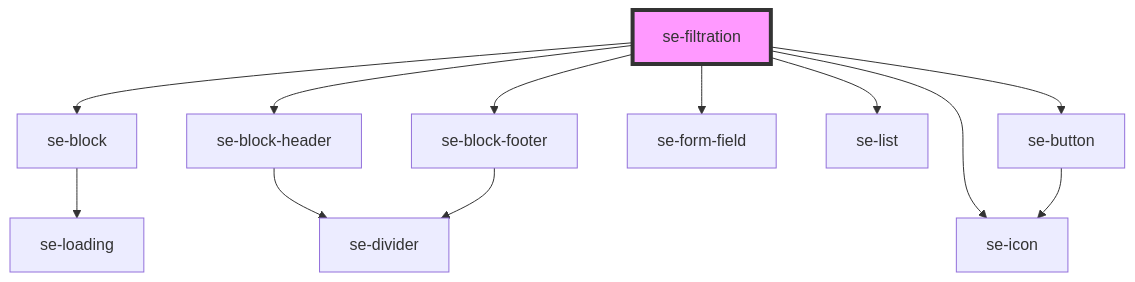
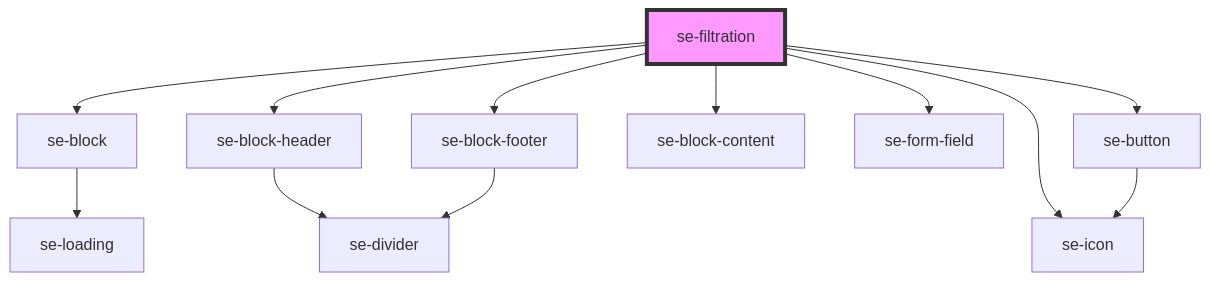
The diagram in libs/core/src/components/filtration/readme.md (robbiemcmullense/se-web-ui), drawn with Mermaid before and after one commit. The commit also changed other lines of this file and 14 other files, not shown here.

````diff
--- a/libs/core/src/components/filtration/readme.md
+++ b/libs/core/src/components/filtration/readme.md
@@ -36,15 +37,15 @@
 ```mermaid
 graph TD;
   se-filtration --> se-block
   se-filtration --> se-block-header
   se-filtration --> se-button
+  se-filtration --> se-block-content
   se-filtration --> se-form-field
   se-filtration --> se-icon
-  se-filtration --> se-list
   se-filtration --> se-block-footer
   se-block --> se-loading
   se-block-header --> se-divider
   se-button --> se-icon
   se-block-footer --> se-divider
   style se-filtration fill:#f9f,stroke:#333,stroke-width:4px
 ```
````
